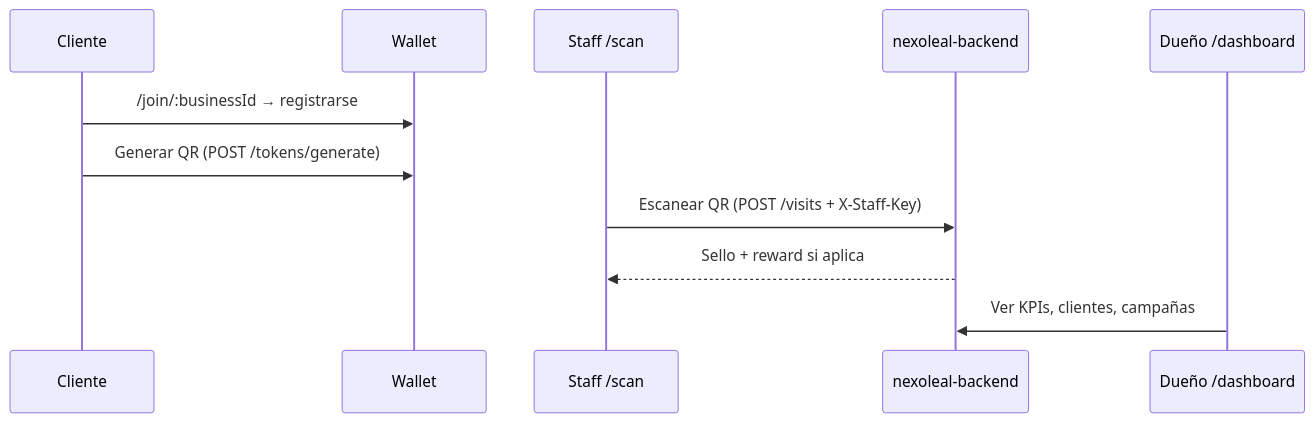
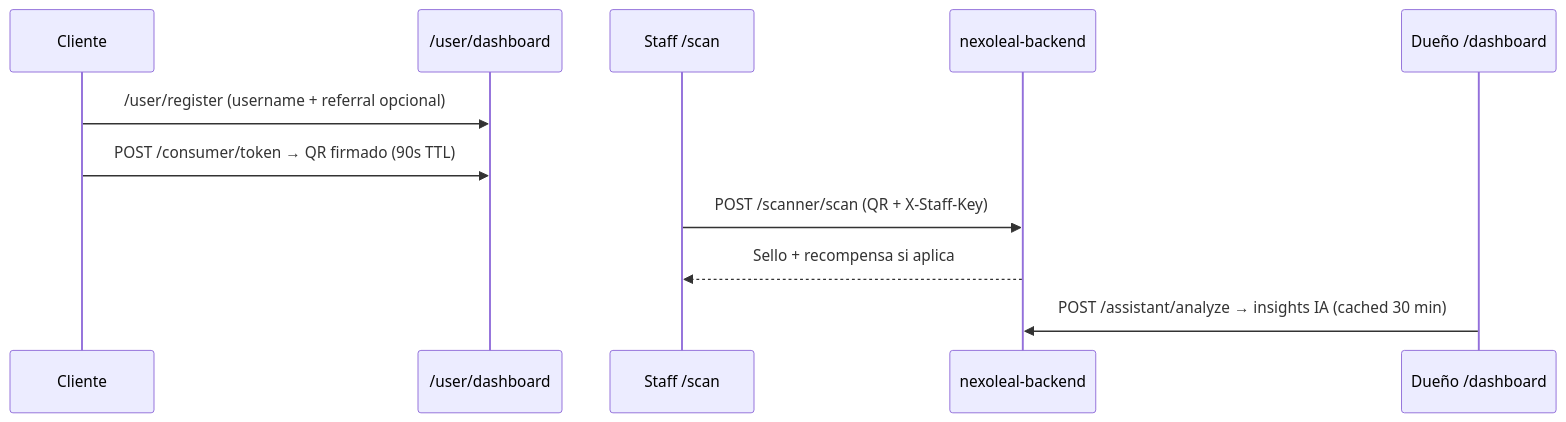
One commit to Jose-Gael-Cruz-Lopez/GTM-Builds changed the first of 2 diagrams in README.md. Above: the diagram before and after it, drawn with Mermaid. The commit also changed other lines of this file, not shown here.

````diff
--- a/README.md
+++ b/README.md
@@ -103,14 +90,14 @@
 ```mermaid
 sequenceDiagram
   participant C as Cliente
-  participant W as Wallet
+  participant W as /user/dashboard
   participant S as Staff /scan
   participant API as nexoleal-backend
   participant O as Dueño /dashboard
 
-  C->>W: /join/:businessId → registrarse
-  C->>W: Generar QR (POST /tokens/generate)
-  S->>API: Escanear QR (POST /visits + X-Staff-Key)
-  API-->>S: Sello + reward si aplica
-  O->>API: Ver KPIs, clientes, campañas
+  C->>W: /user/register (username + referral opcional)
+  C->>W: POST /consumer/token → QR firmado (90s TTL)
+  S->>API: POST /scanner/scan (QR + X-Staff-Key)
+  API-->>S: Sello + recompensa si aplica
+  O->>API: POST /assistant/analyze → insights IA (cached 30 min)
 ```
````
